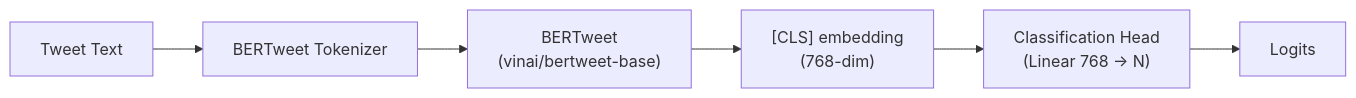
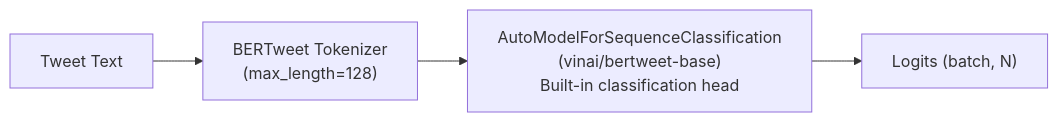
One commit to anhtranst/cotrain_crisisMMD changed the second of 5 diagrams in README.md. Above: the diagram before and after it, drawn with Mermaid. The commit also changed other lines of this file and 7 other files, not shown here.

First line of the commit message:
feat: update README with detailed model architecture diagrams and new features

````diff
--- a/README.md
+++ b/README.md
@@ -156,8 +161,6 @@
 ```mermaid
 graph LR
-    TEXT["Tweet Text"] --> TOK["BERTweet Tokenizer"]
-    TOK --> BERT["BERTweet<br/>(vinai/bertweet-base)"]
-    BERT --> CLS["[CLS] embedding<br/>(768-dim)"]
-    CLS --> HEAD["Classification Head<br/>(Linear 768 → N)"]
-    HEAD --> LOGITS["Logits"]
+    TEXT["Tweet Text"] --> TOK["BERTweet Tokenizer<br/>(max_length=128)"]
+    TOK --> BERT["AutoModelForSequenceClassification<br/>(vinai/bertweet-base)<br/>Built-in classification head"]
+    BERT --> LOGITS["Logits (batch, N)"]
 ```
````
